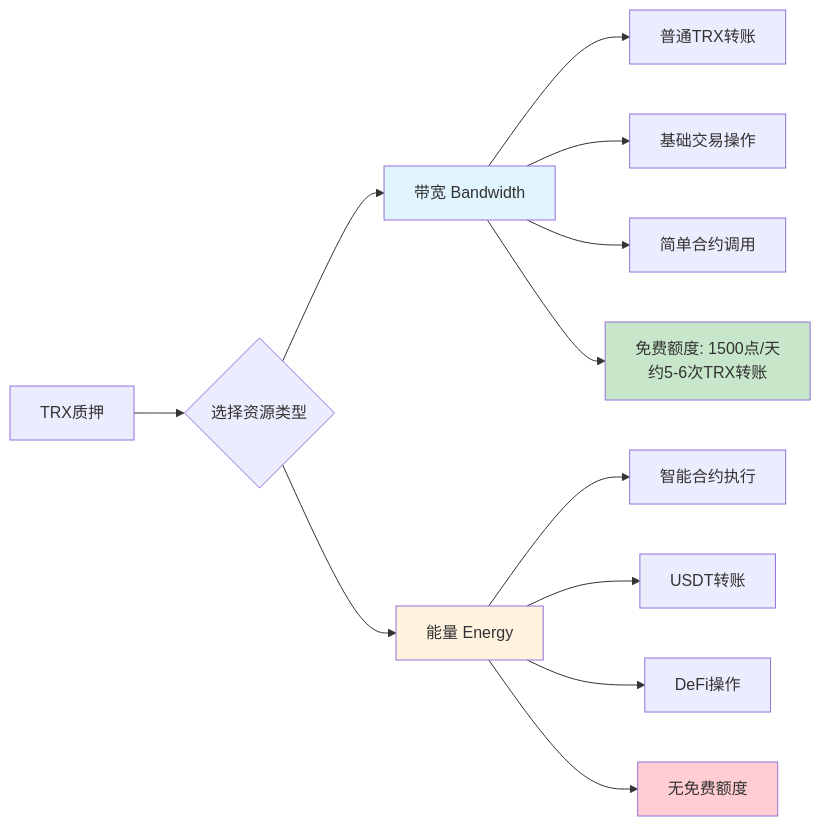
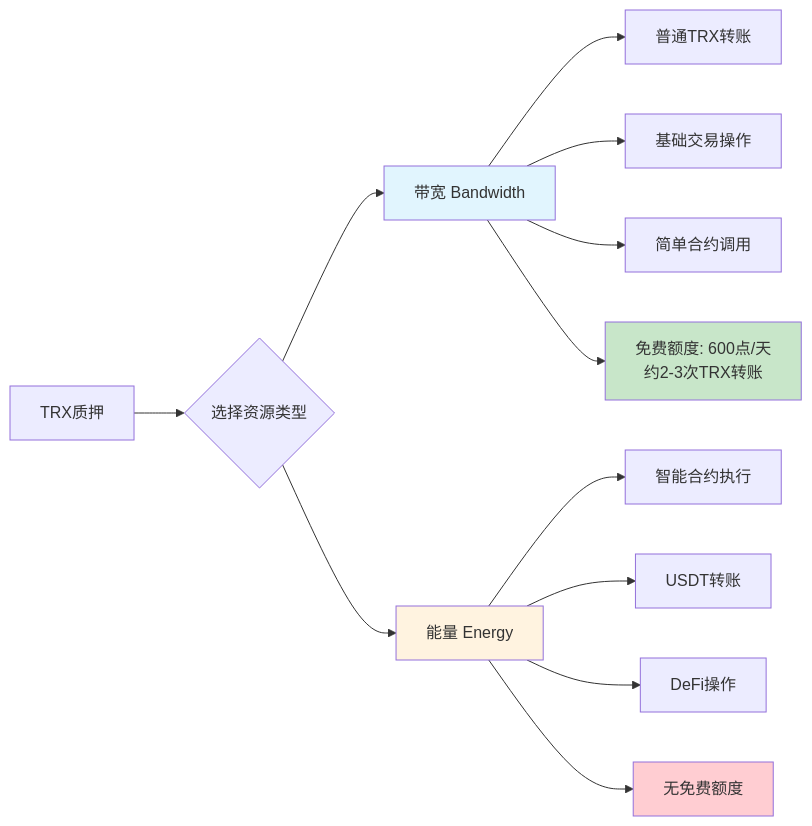
The first of 4 diagrams in docs/TODO/TRON质押机制详细文档.md (lyfe2025/tron-energy-rental), drawn with Mermaid before and after one commit. The commit also changed other lines of this file and 37 other files, not shown here.

````diff
--- a/docs/TODO/TRON质押机制详细文档.md
+++ b/docs/TODO/TRON质押机制详细文档.md
@@ -103,21 +53,21 @@
 ```mermaid
 graph LR
     A[TRX质押] --> B{选择资源类型}
     B --> C[带宽 Bandwidth]
     B --> D[能量 Energy]
     
     C --> C1[普通TRX转账]
     C --> C2[基础交易操作]
     C --> C3[简单合约调用]
-    C --> C4[免费额度: 1500点/天<br/>约5-6次TRX转账]
+    C --> C4[免费额度: 600点/天<br/>约2-3次TRX转账]
     
     D --> D1[智能合约执行]
     D --> D2[USDT转账]
     D --> D3[DeFi操作]
     D --> D4[无免费额度]
     
     style C fill:#e1f5fe
     style D fill:#fff3e0
     style C4 fill:#c8e6c9
     style D4 fill:#ffcdd2
 ```
````
